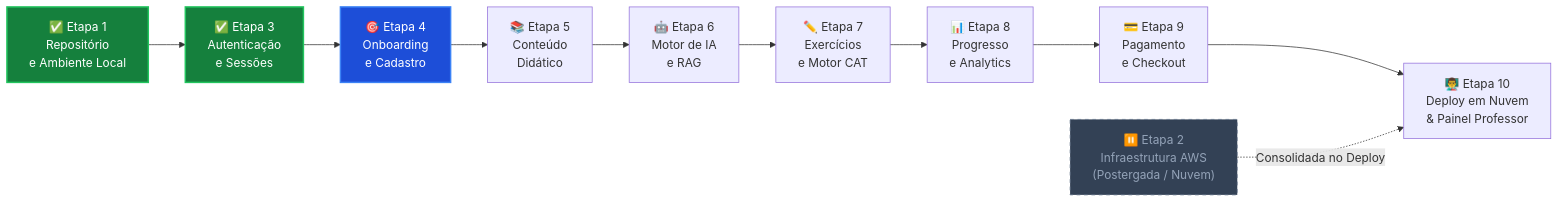
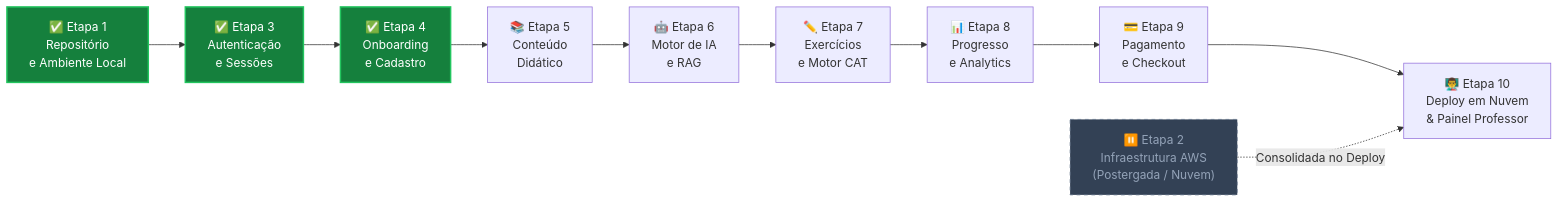
Before and after one commit to SiadeLucas/Tutor-Inteligente: the first of 2 diagrams in docs-site/docs/implementation/index.md, drawn with Mermaid. The commit also changed other lines of this file and 45 other files, not shown here.

Commit message:
feat: etapa 4 onboarding

````diff
--- a/docs-site/docs/implementation/index.md
+++ b/docs-site/docs/implementation/index.md
@@ -54,21 +54,21 @@
 ```mermaid
 graph LR
     E1["✅ Etapa 1\nRepositório\ne Ambiente Local"]
     E2["⏸️ Etapa 2\nInfraestrutura AWS\n(Postergada / Nuvem)"]
     E3["✅ Etapa 3\nAutenticação\ne Sessões"]
-    E4["🎯 Etapa 4\nOnboarding\ne Cadastro"]
+    E4["✅ Etapa 4\nOnboarding\ne Cadastro"]
     E5["📚 Etapa 5\nConteúdo\nDidático"]
     E6["🤖 Etapa 6\nMotor de IA\ne RAG"]
     E7["✏️ Etapa 7\nExercícios\ne Motor CAT"]
     E8["📊 Etapa 8\nProgresso\ne Analytics"]
     E9["💳 Etapa 9\nPagamento\ne Checkout"]
     E10["👨‍🏫 Etapa 10\nDeploy em Nuvem\n& Painel Professor"]
 
     E1 --> E3 --> E4 --> E5 --> E6 --> E7 --> E8 --> E9 --> E10
     E2 -.->|Consolidada no Deploy| E10
 
     style E1 fill:#15803d,stroke:#22c55e,stroke-width:2px,color:#fff
     style E2 fill:#334155,stroke:#64748b,stroke-dasharray: 5 5,color:#94a3b8
     style E3 fill:#15803d,stroke:#22c55e,stroke-width:2px,color:#fff
-    style E4 fill:#1d4ed8,stroke:#3b82f6,stroke-width:2px,color:#fff
+    style E4 fill:#15803d,stroke:#22c55e,stroke-width:2px,color:#fff
 ```
````
